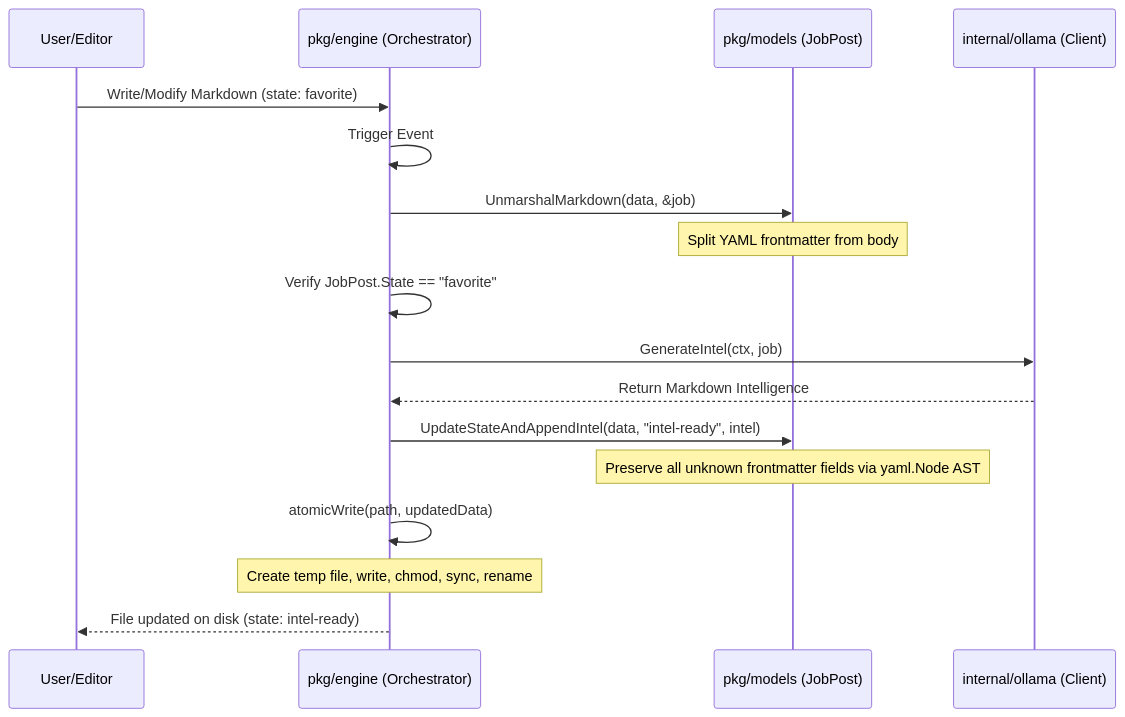
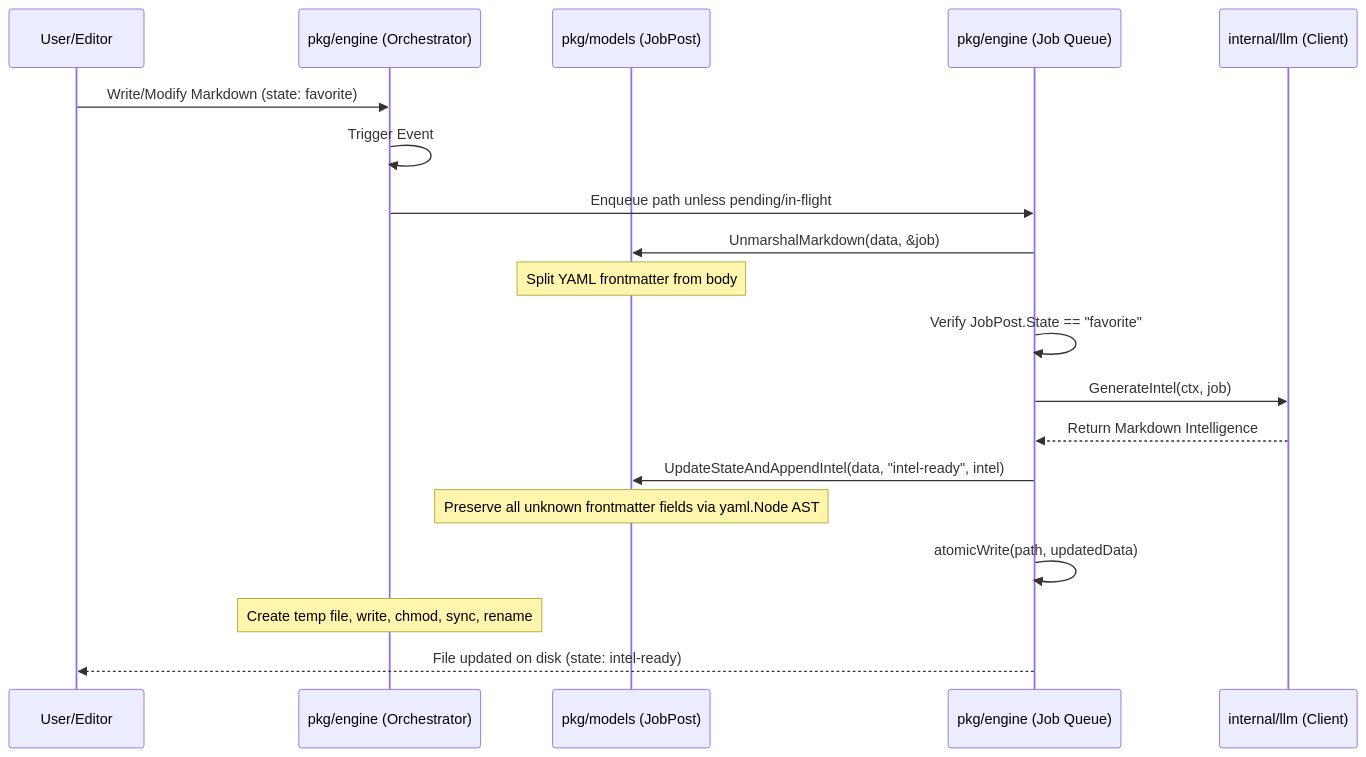
The second of 2 diagrams in ARCHITECTURE.md (admbahm/theForge), drawn with Mermaid before and after one commit. The commit also changed other lines of this file and 15 other files, not shown here.

````diff
--- a/ARCHITECTURE.md
+++ b/ARCHITECTURE.md
@@ -53,20 +55,22 @@
 ```mermaid
 sequenceDiagram
     participant User/Editor
     participant Watcher as pkg/engine (Orchestrator)
     participant Model as pkg/models (JobPost)
-    participant AI as internal/ollama (Client)
+    participant Queue as pkg/engine (Job Queue)
+    participant AI as internal/llm (Client)
     
     User/Editor->>Watcher: Write/Modify Markdown (state: favorite)
     Watcher->>Watcher: Trigger Event
-    Watcher->>Model: UnmarshalMarkdown(data, &job)
+    Watcher->>Queue: Enqueue path unless pending/in-flight
+    Queue->>Model: UnmarshalMarkdown(data, &job)
     Note over Model: Split YAML frontmatter from body
-    Watcher->>Watcher: Verify JobPost.State == "favorite"
-    Watcher->>AI: GenerateIntel(ctx, job)
-    AI-->>Watcher: Return Markdown Intelligence
-    Watcher->>Model: UpdateStateAndAppendIntel(data, "intel-ready", intel)
+    Queue->>Queue: Verify JobPost.State == "favorite"
+    Queue->>AI: GenerateIntel(ctx, job)
+    AI-->>Queue: Return Markdown Intelligence
+    Queue->>Model: UpdateStateAndAppendIntel(data, "intel-ready", intel)
     Note over Model: Preserve all unknown frontmatter fields via yaml.Node AST
-    Watcher->>Watcher: atomicWrite(path, updatedData)
+    Queue->>Queue: atomicWrite(path, updatedData)
     Note over Watcher: Create temp file, write, chmod, sync, rename
-    Watcher-->>User/Editor: File updated on disk (state: intel-ready)
+    Queue-->>User/Editor: File updated on disk (state: intel-ready)
 ```
````
